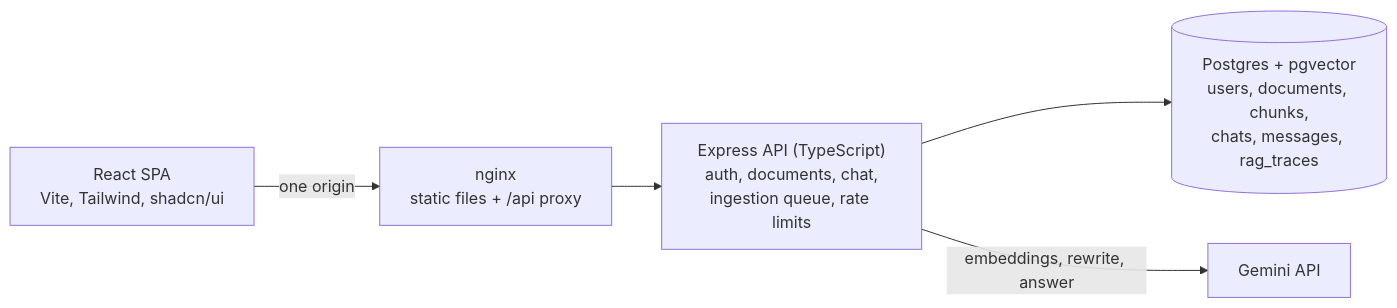
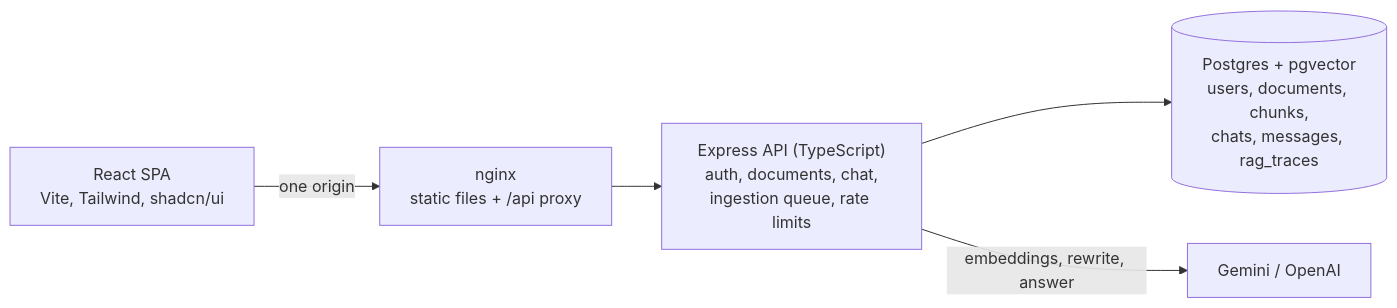
The diagram in README.md (dev-marian-vybyranyi/rag-document-chat), drawn with Mermaid before and after one commit. The commit also changed other lines of this file and 1 other file, not shown here.

````diff
--- a/README.md
+++ b/README.md
@@ -32,7 +66,7 @@
 ```mermaid
 flowchart LR
     SPA["React SPA<br/>Vite, Tailwind, shadcn/ui"] -->|"one origin"| NGINX["nginx<br/>static files + /api proxy"]
     NGINX --> API["Express API (TypeScript)<br/>auth, documents, chat,<br/>ingestion queue, rate limits"]
     API --> DB[("Postgres + pgvector<br/>users, documents, chunks,<br/>chats, messages, rag_traces")]
-    API -->|"embeddings, rewrite, answer"| GEM["Gemini API"]
+    API -->|"embeddings, rewrite, answer"| GEM["Gemini / OpenAI"]
 ```
````
